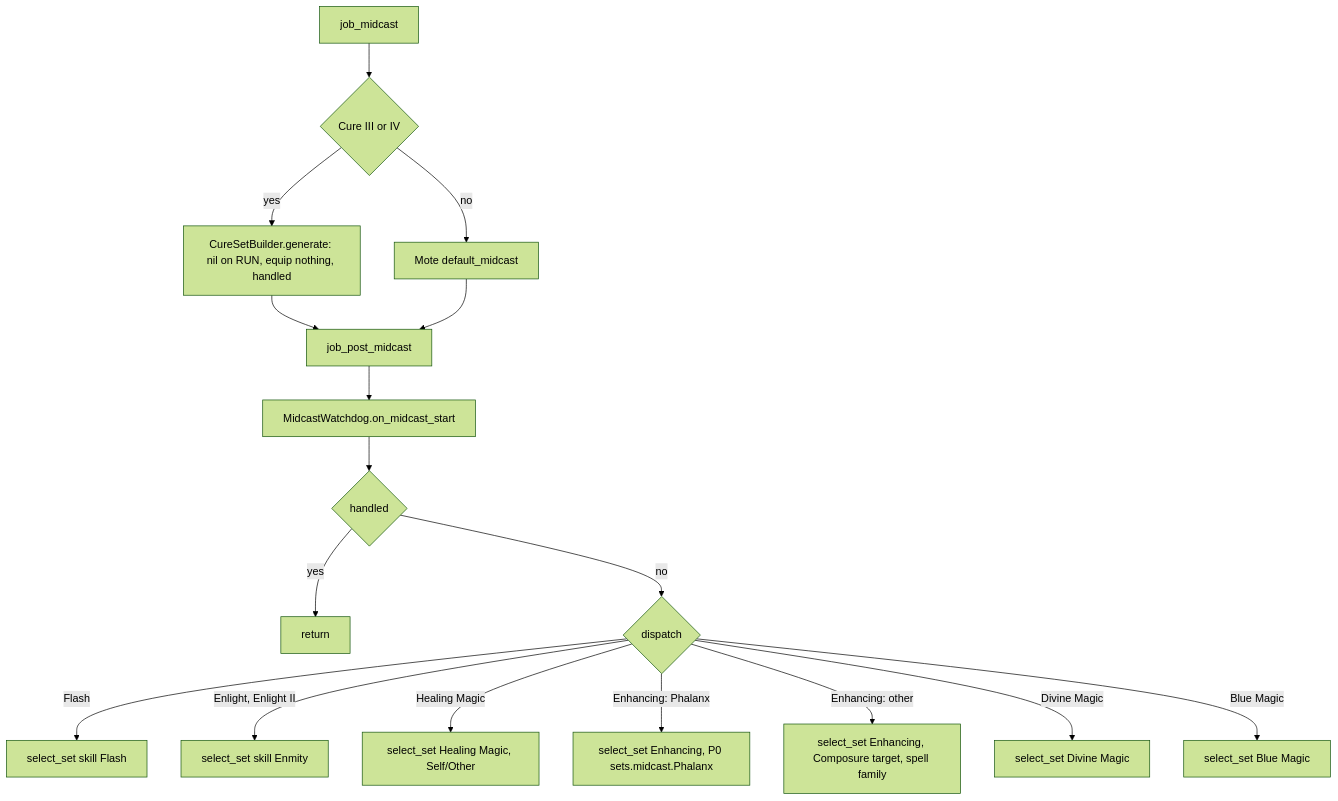
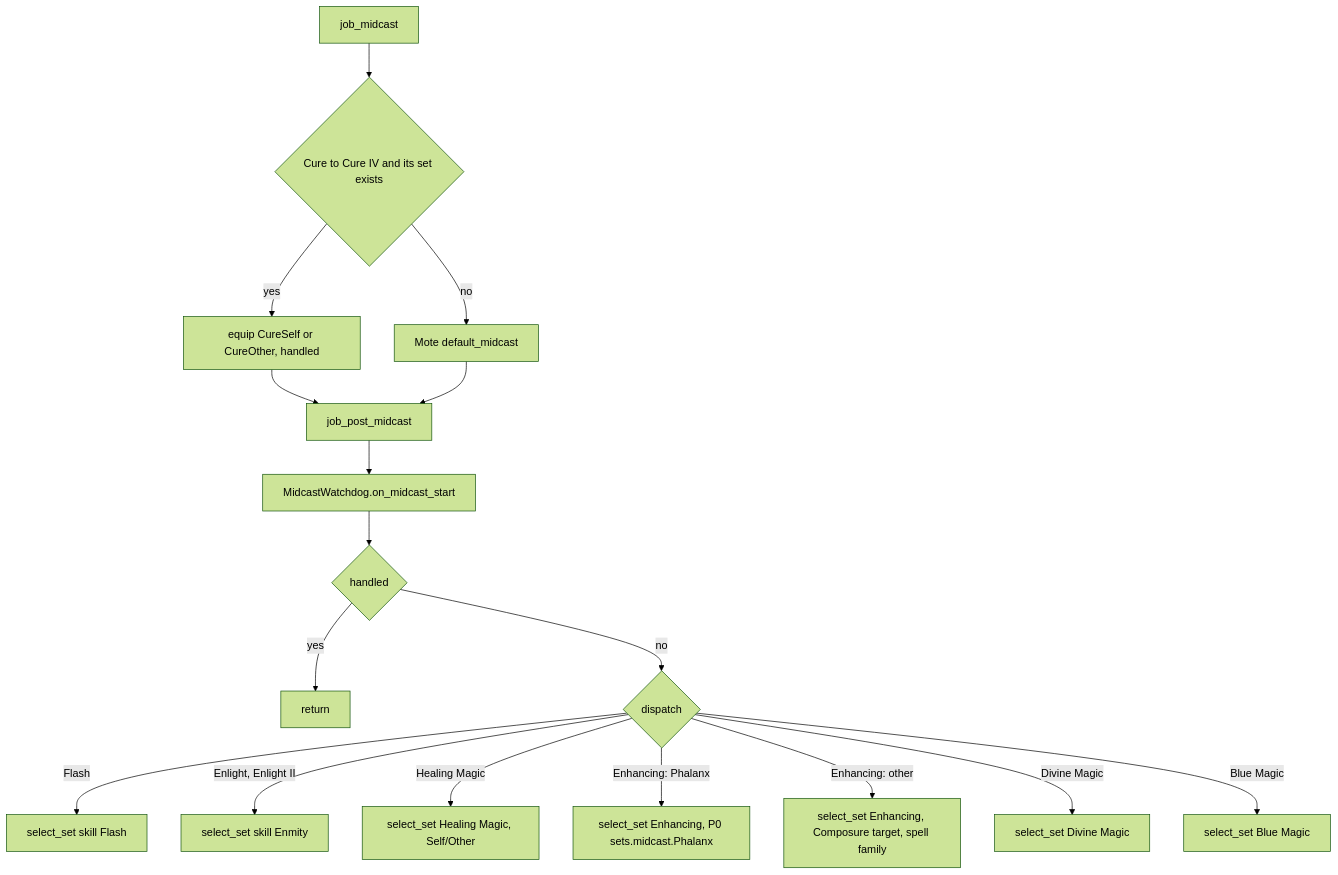
Before and after one commit to ejouanchicot/Gearswap: the third of 3 diagrams in docs/dev/jobs/run.md, drawn with Mermaid (forest theme). The commit also changed other lines of this file and 6 other files, not shown here.

First line of the commit message:
fix(run): subjob cures get their set, TP bonus config loaded

````diff
--- a/docs/dev/jobs/run.md
+++ b/docs/dev/jobs/run.md
@@ -160,19 +159,19 @@
 ```mermaid
 flowchart TD
-    A[job_midcast] --> B{Cure III or IV}
-    B -- yes --> C[CureSetBuilder.generate: nil on RUN, equip nothing, handled]
+    A[job_midcast] --> B{Cure to Cure IV and its set exists}
+    B -- yes --> C[equip CureSelf or CureOther, handled]
     B -- no --> D[Mote default_midcast]
     C --> E[job_post_midcast]
     D --> E
     E --> F[MidcastWatchdog.on_midcast_start]
     F --> G{handled}
     G -- yes --> Z[return]
     G -- no --> H{dispatch}
     H -- Flash --> H1[select_set skill Flash]
     H -- Enlight, Enlight II --> H2[select_set skill Enmity]
     H -- Healing Magic --> H3[select_set Healing Magic, Self/Other]
     H -- Enhancing: Phalanx --> H4[select_set Enhancing, P0 sets.midcast.Phalanx]
     H -- Enhancing: other --> H5[select_set Enhancing, Composure target, spell family]
     H -- Divine Magic --> H6[select_set Divine Magic]
     H -- Blue Magic --> H7[select_set Blue Magic]
 ```
````
